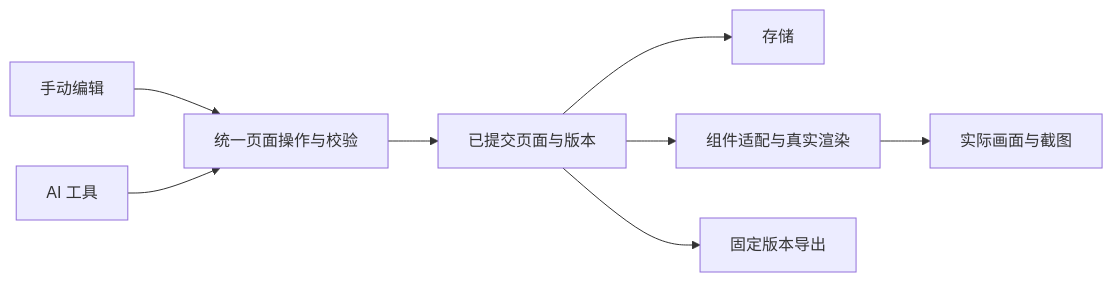
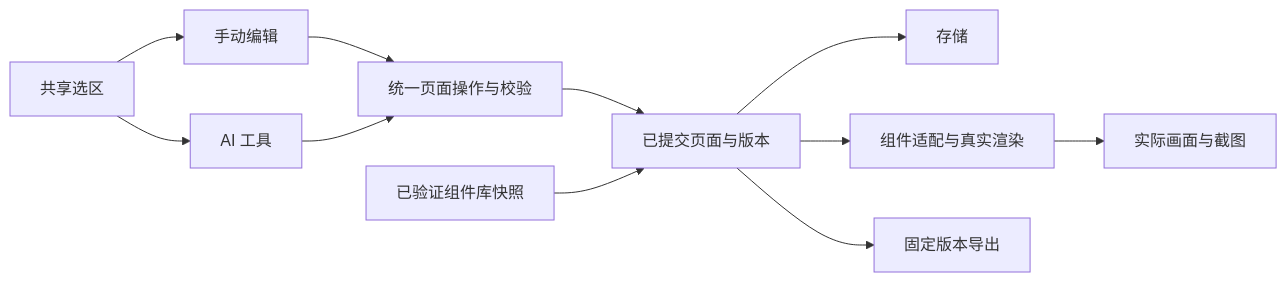
Before and after one commit to wangkewei09/page-builder-marketplace: the diagram in docs/ARCHITECTURE.md, drawn with Mermaid. The commit also changed other lines of this file and 89 other files, not shown here.

````diff
--- a/docs/ARCHITECTURE.md
+++ b/docs/ARCHITECTURE.md
@@ -18,10 +22,13 @@
 ```mermaid
 flowchart LR
   UI[手动编辑] --> OP[统一页面操作与校验]
   AI[AI 工具] --> OP
   OP --> PAGE[已提交页面与版本]
   PAGE --> SAVE[存储]
   PAGE --> RENDER[组件适配与真实渲染]
   PAGE --> EXPORT[固定版本导出]
+  LIB[已验证组件库快照] --> PAGE
+  SELECT[共享选区] --> UI
+  SELECT --> AI
   RENDER --> VIEW[实际画面与截图]
 ```
````
